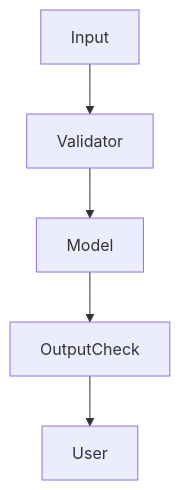
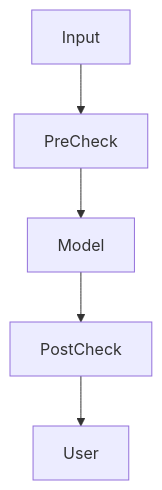
The first of 5 diagrams in day_28/day_28_guardrails.md (Asabeneh/30-Days-Of-AI-Engineering), drawn with Mermaid before and after one commit. The commit also changed other lines of this file and 22 other files, not shown here.

````diff
--- a/day_28/day_28_guardrails.md
+++ b/day_28/day_28_guardrails.md
@@ -25,7 +37,7 @@
 ```mermaid
 graph TD
-    Input --> Validator
-    Validator --> Model
-    Model --> OutputCheck
-    OutputCheck --> User
+        Input --> PreCheck
+        PreCheck --> Model
+        Model --> PostCheck
+        PostCheck --> User
 ```
````
